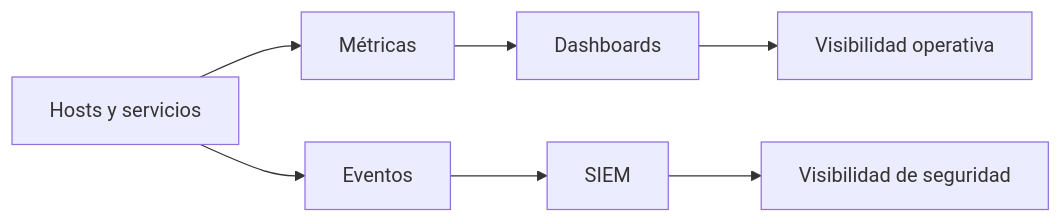
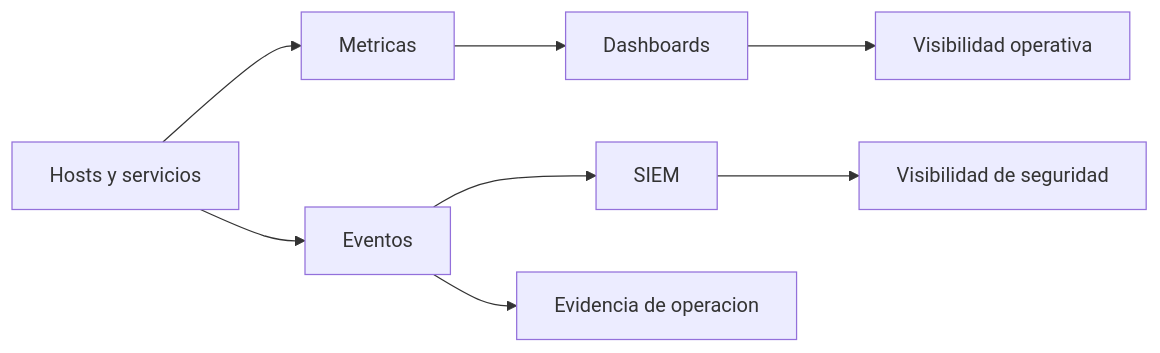
The first of 2 diagrams in docs/es/06-observabilidad-y-roadmap.md (Nicolasperaltait/homelab), drawn with Mermaid before and after one commit. The commit also changed other lines of this file and 25 other files, not shown here.

Commit message:
docs: publish sanitized homelab architecture record

````diff
--- a/docs/es/06-observabilidad-y-roadmap.md
+++ b/docs/es/06-observabilidad-y-roadmap.md
@@ -18,9 +19,10 @@
 ```mermaid
 flowchart LR
-    A[Hosts y servicios] --> B[Métricas]
+    A[Hosts y servicios] --> B[Metricas]
     A --> C[Eventos]
     B --> D[Dashboards]
     C --> E[SIEM]
     D --> F[Visibilidad operativa]
     E --> G[Visibilidad de seguridad]
+    C --> H[Evidencia de operacion]
 ```
````
